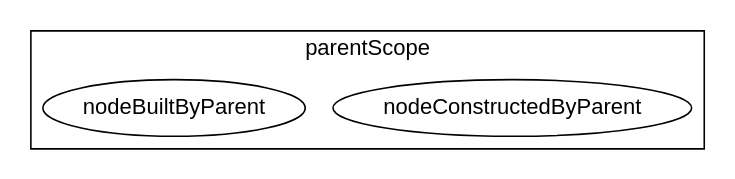
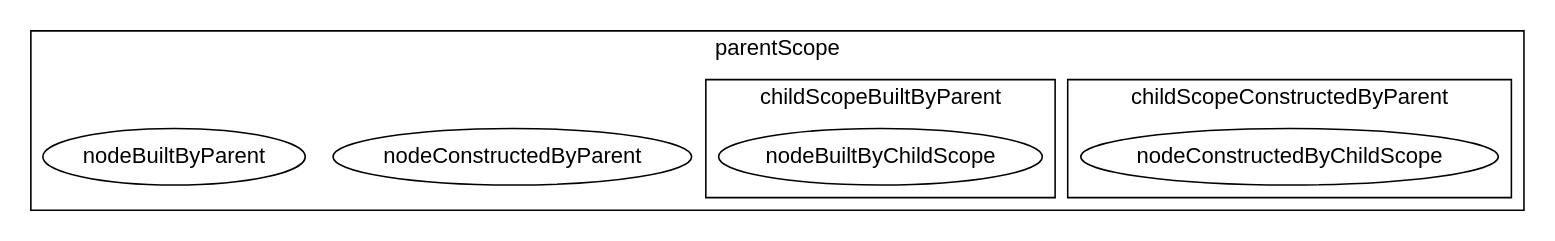
Before and after one commit to ggsuite/supply_chain: the diagram in test.graphs.example_scope_blue_print.dot, drawn with Graphviz. The commit also changed 8 other files, not shown here.

Commit message:
Modify: Highlight selected node in Node.writeImageFile, childScopeDepth is -1 by default

```diff
--- a/test.graphs.example_scope_blue_print.dot
+++ b/test.graphs.example_scope_blue_print.dot
@@ -1,16 +1,30 @@
 digraph unix {
   graph [nodesep = 0.25; ranksep=1];
   fontname="Helvetica,Arial,sans-serif"
   node [fontname="Helvetica,Arial,sans-serif"]
   edge [fontname="Helvetica,Arial,sans-serif"]
   subgraph cluster_parentScope_2 {
     label = "parentScope"; // scope
     nodeConstructedByParent_0 [
       label = "nodeConstructedByParent"; // node
     ];
     nodeBuiltByParent_1 [
       label = "nodeBuiltByParent"; // node
     ];
+    subgraph cluster_childScopeConstructedByParent_3 {
+      label = "childScopeConstructedByParent"; // scope
+      nodeConstructedByChildScope_2 [
+        label = "nodeConstructedByChildScope"; // node
+      ];
+      
+    }
+    subgraph cluster_childScopeBuiltByParent_4 {
+      label = "childScopeBuiltByParent"; // scope
+      nodeBuiltByChildScope_3 [
+        label = "nodeBuiltByChildScope"; // node
+      ];
+      
+    }
     
   }
 }
```
